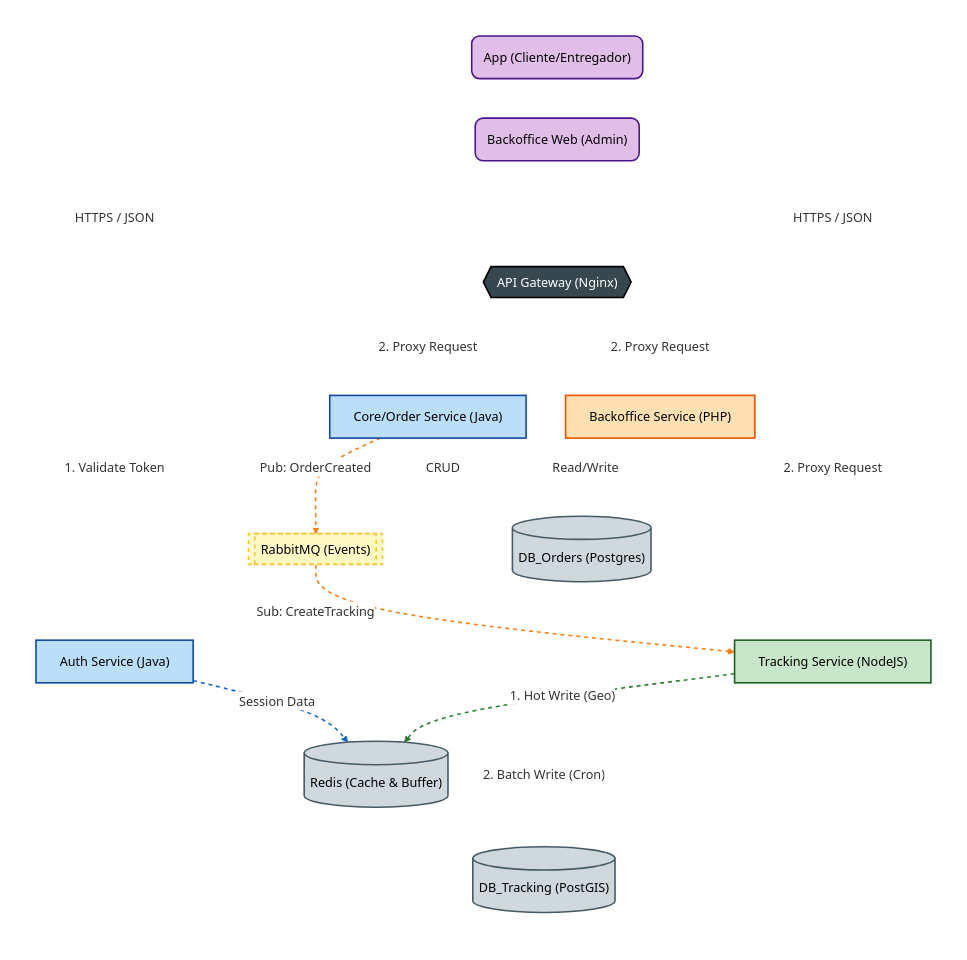
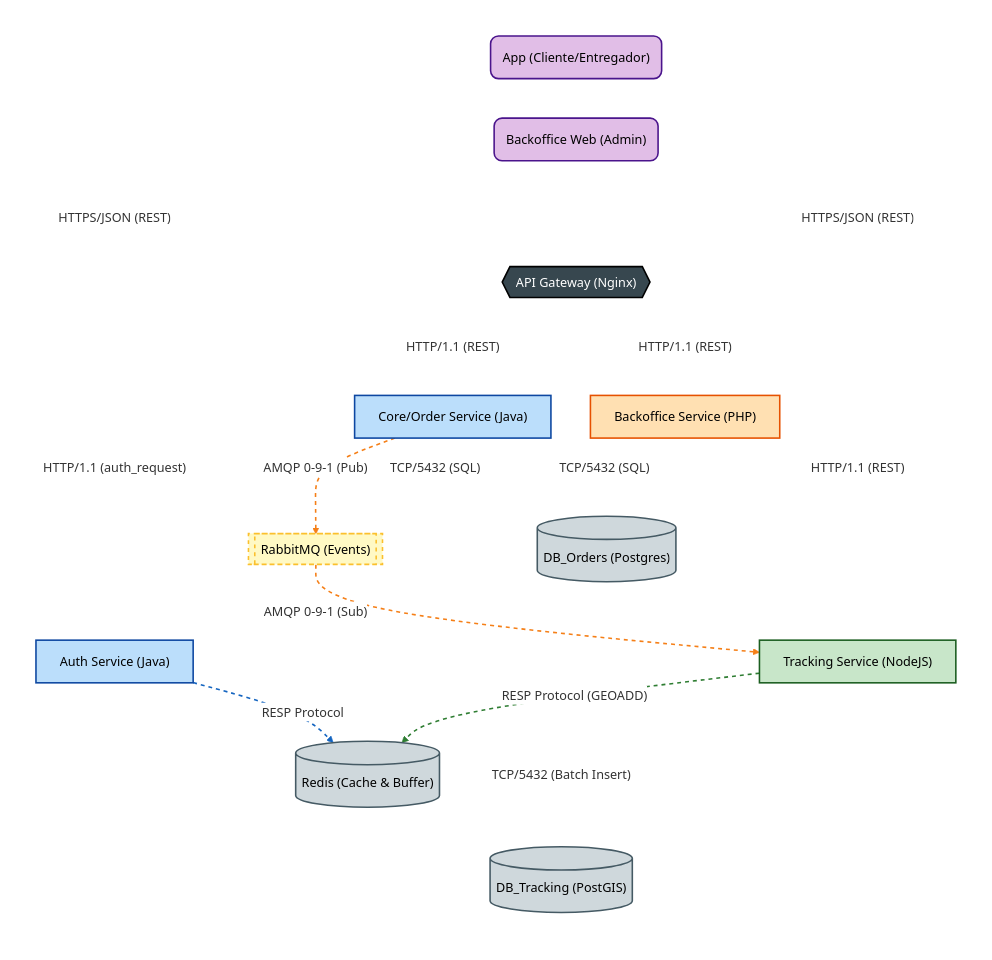
Before and after one commit to thiagoDOTjpeg/fleet-infra: the second of 6 diagrams in ARCHITECTURE.MD, drawn with Mermaid. The commit also changed other lines of this file and 1 other file, not shown here.

Commit message:
chore(docs): adiciona nova tecnologias e mitigação para tradeoffs e roadmap

````diff
--- a/ARCHITECTURE.MD
+++ b/ARCHITECTURE.MD
@@ -38,74 +38,73 @@
 ```mermaid
 %%{init: {'theme': 'base', 'themeVariables': { 'primaryColor': '#fff', 'edgeLabelBackground':'#ffffff', 'tertiaryColor': 'transparent', 'background': 'transparent', 'lineColor': '#ffffff'}}}%%
 graph TD
     %% --- Definição de Estilos (Classes) ---
     classDef frontend fill:#e1bee7,stroke:#4a148c,stroke-width:2px,color:#000,rx:10,ry:10;
     classDef gateway fill:#37474f,stroke:#000,stroke-width:2px,color:#fff,shape:hexagon;
     classDef javaSvc fill:#bbdefb,stroke:#0d47a1,stroke-width:2px,color:#000;
     classDef nodeSvc fill:#c8e6c9,stroke:#1b5e20,stroke-width:2px,color:#000;
     classDef phpSvc fill:#ffe0b2,stroke:#e65100,stroke-width:2px,color:#000;
     classDef database fill:#cfd8dc,stroke:#455a64,stroke-width:2px,color:#000,shape:cylinder;
     classDef queue fill:#fff9c4,stroke:#fbc02d,stroke-width:2px,color:#000,stroke-dasharray: 5 5;
 
     %% --- Estrutura do Diagrama ---
     subgraph Clients ["📱 Frontends (SPA Angular)"]
         direction LR
         MobileApp("App (Cliente/Entregador)")
         AdminWeb("Backoffice Web (Admin)")
     end
 
     subgraph Edge ["🛡️ Edge Layer"]
         Nginx{{"API Gateway (Nginx)"}}
     end
 
     subgraph Services ["⚙️ Backend Microservices"]
     subgraph Data ["💾 Persistence & Messaging"]
         Redis[("Redis (Cache & Buffer)")]
         RabbitMQ[["RabbitMQ (Events)"]]
         DB_Core[("DB_Orders (Postgres)")]
         DB_Geo[("DB_Tracking (PostGIS)")]
     end
         AuthSvc["Auth Service (Java)"]
         CoreSvc["Core/Order Service (Java)"]
         TrackSvc["Tracking Service (NodeJS)"]
         AdminSvc["Backoffice Service (PHP)"]
     end
 
+    %% --- Conexões ---
+    MobileApp -->|"HTTPS/JSON (REST)"| Nginx
+    AdminWeb -->|"HTTPS/JSON (REST)"| Nginx
 
-    %% --- Conexões ---
-    MobileApp -->|"HTTPS / JSON"| Nginx
-    AdminWeb -->|"HTTPS / JSON"| Nginx
+    Nginx -->|"HTTP/1.1 (auth_request)"| AuthSvc
+    Nginx -->|"HTTP/1.1 (REST)"| CoreSvc
+    Nginx -->|"HTTP/1.1 (REST)"| TrackSvc
+    Nginx -->|"HTTP/1.1 (REST)"| AdminSvc
 
-    Nginx -->|"1. Validate Token"| AuthSvc
-    Nginx -->|"2. Proxy Request"| CoreSvc
-    Nginx -->|"2. Proxy Request"| TrackSvc
-    Nginx -->|"2. Proxy Request"| AdminSvc
-
-    CoreSvc -->|"CRUD"| DB_Core
-    AdminSvc -->|"Read/Write"| DB_Core
+    CoreSvc -->|"TCP/5432 (SQL)"| DB_Core
+    AdminSvc -->|"TCP/5432 (SQL)"| DB_Core
 
     %% Fluxos Assíncronos
-    AuthSvc -.->|"Session Data"| Redis
+    AuthSvc -.->|"RESP Protocol"| Redis
     linkStyle 8 stroke:#1565c0,stroke-width:2px,stroke-dasharray: 5 5;
 
-    CoreSvc -.->|"Pub: OrderCreated"| RabbitMQ
+    CoreSvc -.->|"AMQP 0-9-1 (Pub)"| RabbitMQ
     linkStyle 9 stroke:#f57f17,stroke-width:2px,stroke-dasharray: 5 5;
 
-    RabbitMQ -.->|"Sub: CreateTracking"| TrackSvc
+    RabbitMQ -.->|"AMQP 0-9-1 (Sub)"| TrackSvc
     linkStyle 10 stroke:#f57f17,stroke-width:2px,stroke-dasharray: 5 5;
 
-    TrackSvc -.->|"1. Hot Write (Geo)"| Redis
+    TrackSvc -.->|"RESP Protocol (GEOADD)"| Redis
     linkStyle 11 stroke:#2e7d32,stroke-width:2px,stroke-dasharray: 5 5;
 
-    TrackSvc --->|"2. Batch Write (Cron)"| DB_Geo
+    TrackSvc --->|"TCP/5432 (Batch Insert)"| DB_Geo
 
     class MobileApp,AdminWeb frontend;
     class Nginx gateway;
     class AuthSvc,CoreSvc javaSvc;
     class TrackSvc nodeSvc;
     class AdminSvc phpSvc;
     class DB_Core,DB_Geo,Redis database;
     class RabbitMQ queue;
 
     CoreSvc ~~~ DB_Core
 ```
````
